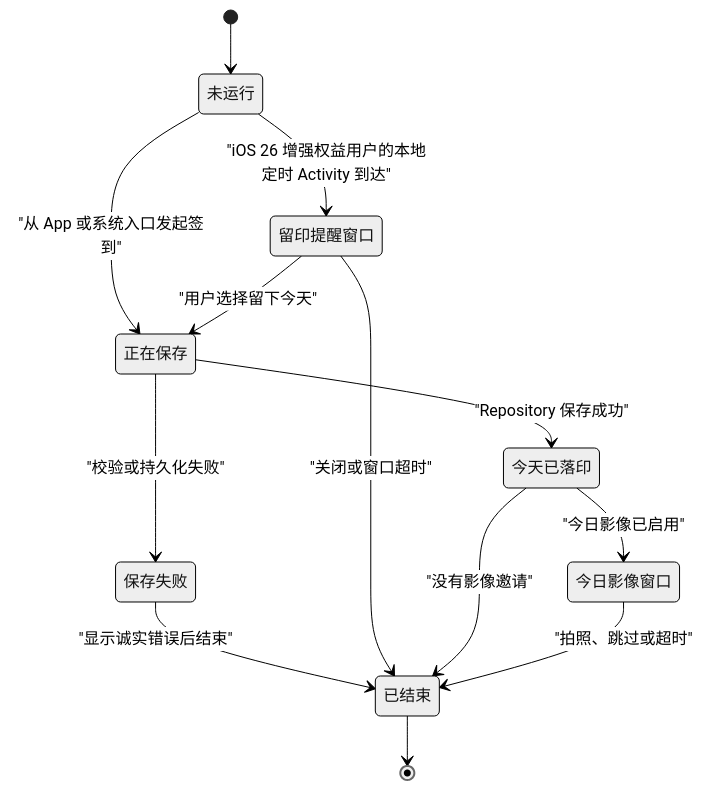
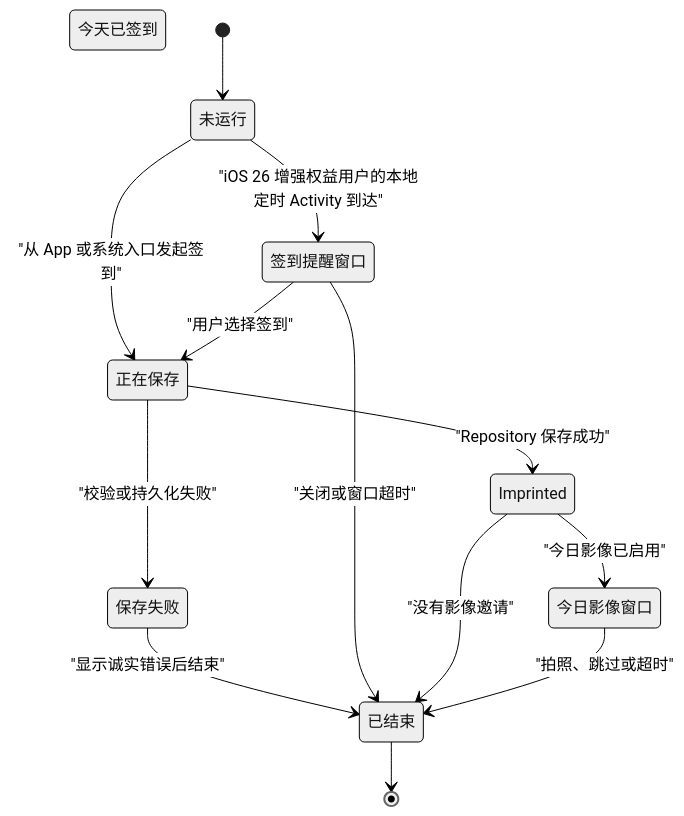
The diagram in docs/PULSE_RITUAL_CONTRACT.md (cooluid/pulse), drawn with Mermaid (neutral theme) before and after one commit. The commit also changed other lines of this file and 17 other files, not shown here.

````diff
--- a/docs/PULSE_RITUAL_CONTRACT.md
+++ b/docs/PULSE_RITUAL_CONTRACT.md
@@ -46,23 +46,23 @@
 ```mermaid
 stateDiagram-v2
     state "未运行" as Inactive
-    state "留印提醒窗口" as ReminderWindow
+    state "签到提醒窗口" as ReminderWindow
     state "正在保存" as Saving
-    state "今天已落印" as Imprinted
+    state "今天已签到" as CheckedIn
     state "今日影像窗口" as MemoryWindow
     state "保存失败" as Failed
     state "已结束" as Ended
 
     [*] --> Inactive
     Inactive --> ReminderWindow: "iOS 26 增强权益用户的本地定时 Activity 到达"
     Inactive --> Saving: "从 App 或系统入口发起签到"
-    ReminderWindow --> Saving: "用户选择留下今天"
+    ReminderWindow --> Saving: "用户选择签到"
     Saving --> Imprinted: "Repository 保存成功"
     Saving --> Failed: "校验或持久化失败"
     Failed --> Ended: "显示诚实错误后结束"
     ReminderWindow --> Ended: "关闭或窗口超时"
     Imprinted --> MemoryWindow: "今日影像已启用"
     Imprinted --> Ended: "没有影像邀请"
     MemoryWindow --> Ended: "拍照、跳过或超时"
     Ended --> [*]
 ```
````
